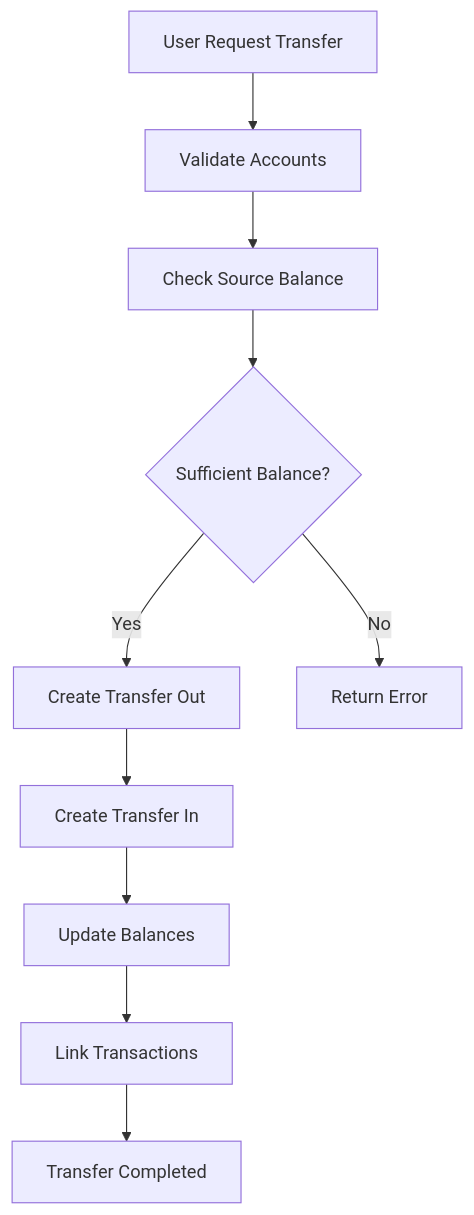
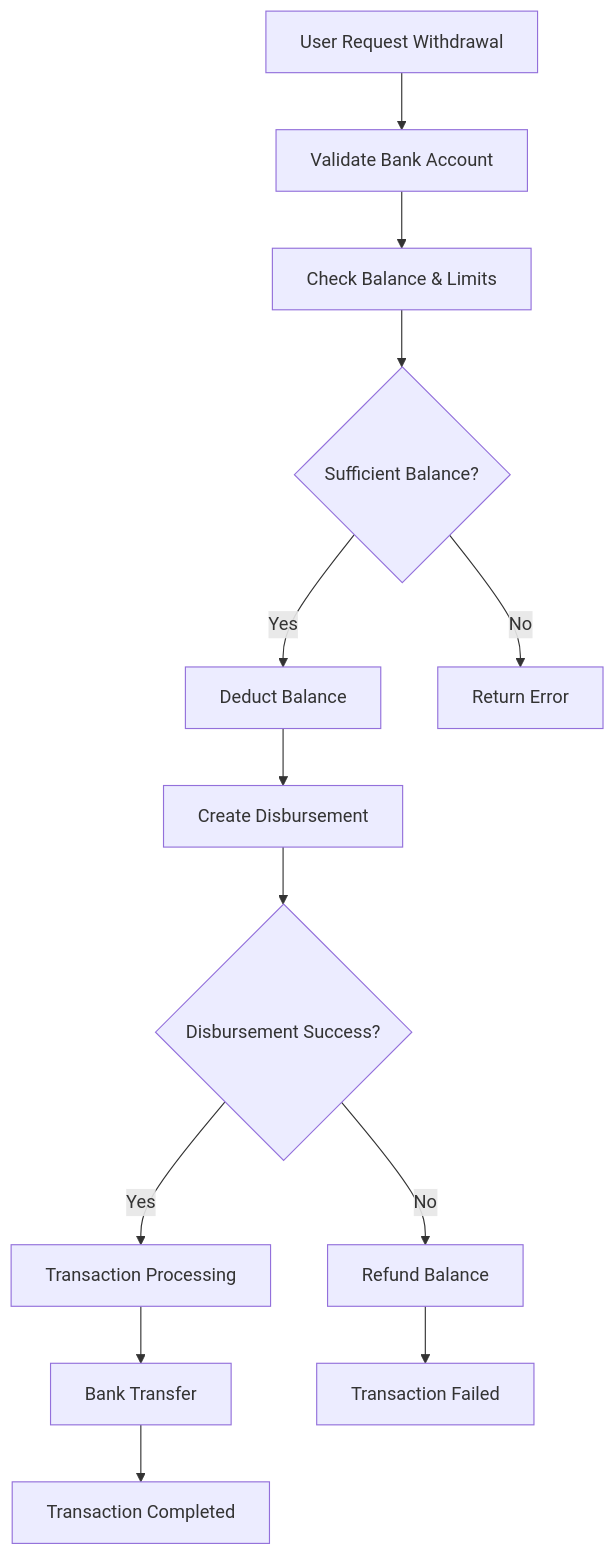
The second of 2 diagrams in README.md (safatanc/gsalt-core), drawn with Mermaid before and after one commit. The commit also changed other lines of this file and 16 other files, not shown here.

````diff
--- a/README.md
+++ b/README.md
@@ -104,12 +105,15 @@
 ```mermaid
 graph TD
-    A[User Request Transfer] --> B[Validate Accounts]
-    B --> C[Check Source Balance]
+    A[User Request Withdrawal] --> B[Validate Bank Account]
+    B --> C[Check Balance & Limits]
     C --> D{Sufficient Balance?}
-    D -->|Yes| E[Create Transfer Out]
+    D -->|Yes| E[Deduct Balance]
     D -->|No| F[Return Error]
-    E --> G[Create Transfer In]
-    G --> H[Update Balances]
-    H --> I[Link Transactions]
-    I --> J[Transfer Completed]
+    E --> G[Create Disbursement]
+    G --> H{Disbursement Success?}
+    H -->|Yes| I[Transaction Processing]
+    H -->|No| J[Refund Balance]
+    I --> K[Bank Transfer]
+    K --> L[Transaction Completed]
+    J --> M[Transaction Failed]
 ```
````
